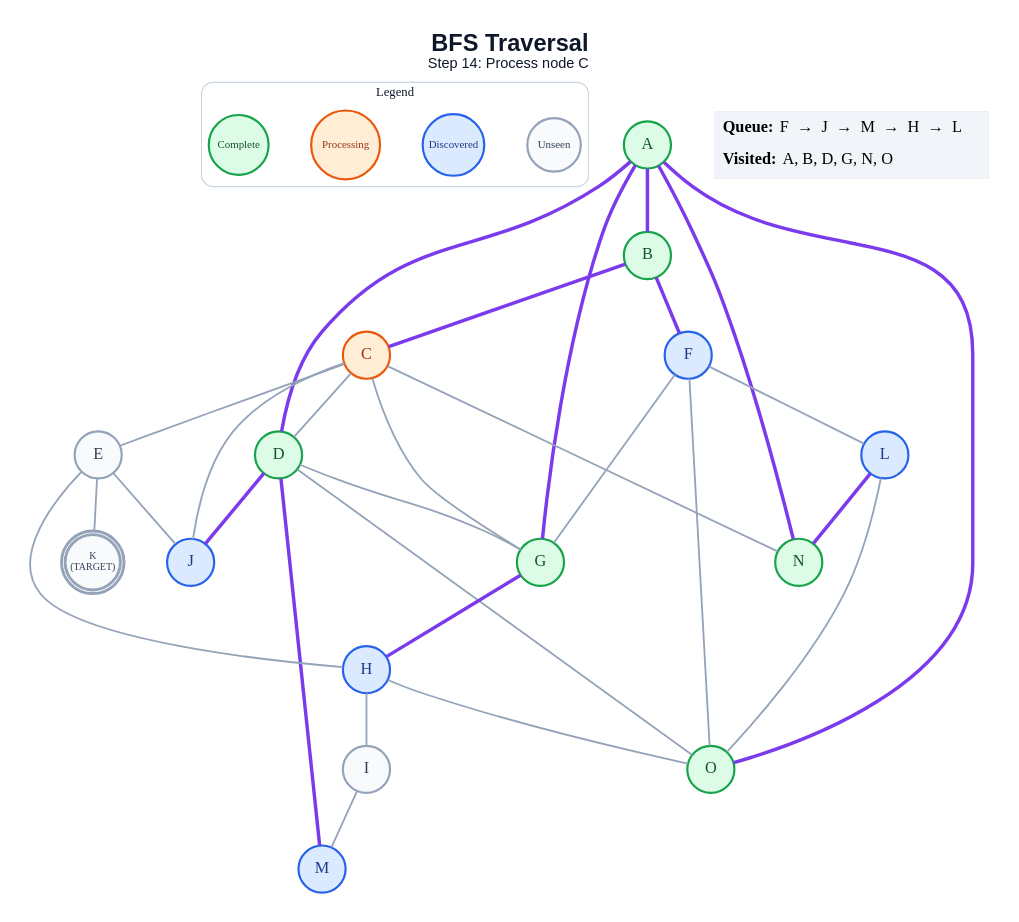
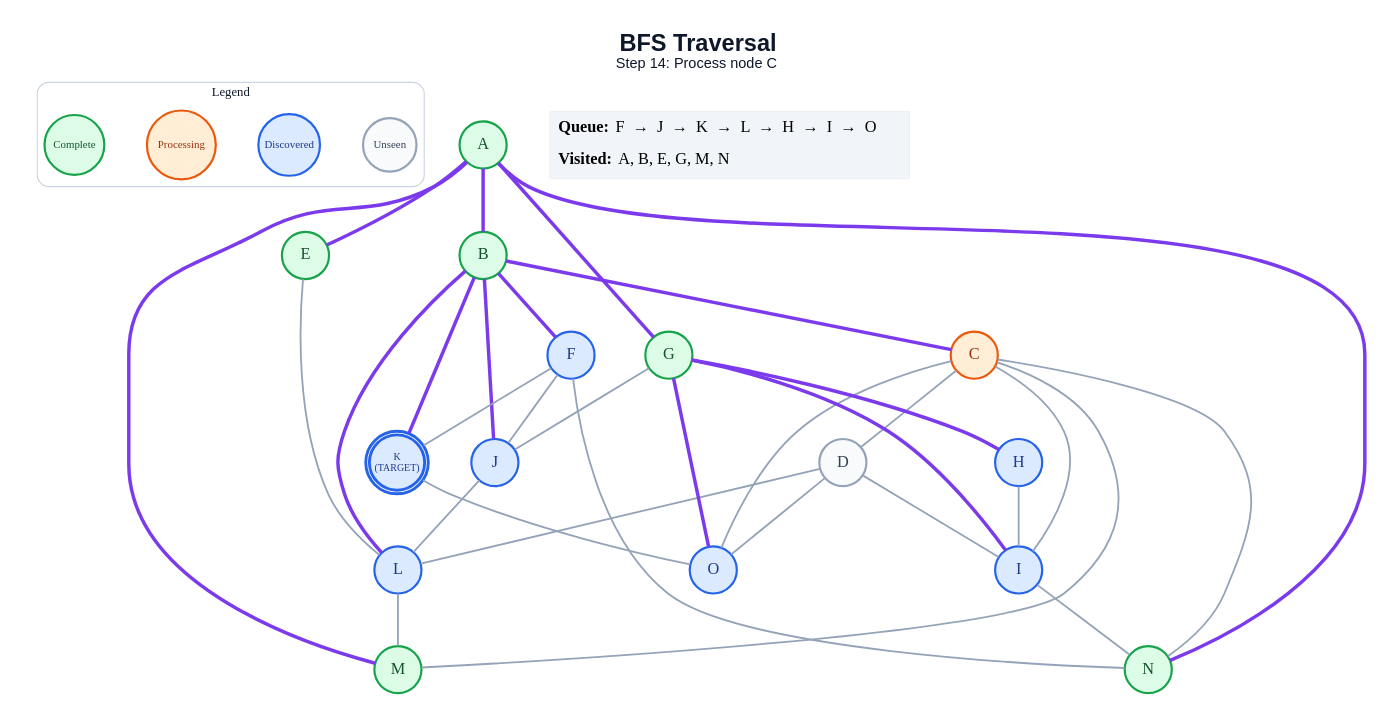
One commit to anon7238593-create/ai-slop changed the diagram in generated/specific-node/bfs/step_14.dot. Above: the diagram before and after it, drawn with Graphviz. The commit also changed 309 other files, not shown here.

```diff
--- a/generated/specific-node/bfs/step_14.dot
+++ b/generated/specific-node/bfs/step_14.dot
@@ -1,62 +1,65 @@
 graph traversal {
   graph [layout=dot, rankdir=TB, bgcolor="#FFFFFF", pad="0.35", nodesep="0.65", ranksep="0.8", fontname="Arial"];
   node [shape=circle, style="filled", fontname="Arial Bold", fontsize=18, width=0.72, fixedsize=true, penwidth=2.4];
   edge [color="#94A3B8", penwidth=2.0];
   label=<<B>BFS Traversal</B><BR/><FONT POINT-SIZE="16">Step 14: Process node C</FONT>>; labelloc="t"; fontsize=26; fontname="Arial"; fontcolor="#0F172A";
   subgraph cluster_legend { label="Legend"; color="#CBD5E1"; penwidth=1.2; style="rounded"; fontsize=14; fontname="Arial Bold";
     key_unseen [label="Unseen", fillcolor="#F8FAFC", color="#94A3B8", fontcolor="#334155", fontsize=12, width=0.82];
     key_frontier [label="Discovered", fillcolor="#DBEAFE", color="#2563EB", fontcolor="#1E3A8A", fontsize=12, width=0.95];
     key_current [label="Processing", fillcolor="#FFEDD5", color="#EA580C", fontcolor="#9A3412", fontsize=12, width=1.05];
     key_done [label="Complete", fillcolor="#DCFCE7", color="#16A34A", fontcolor="#14532D", fontsize=12, width=0.92];
     { rank=same; key_unseen; key_frontier; key_current; key_done; }
   }
   A [label="A", fillcolor="#DCFCE7", color="#16A34A", fontcolor="#14532D", peripheries=1, penwidth=2.4];
   B [label="B", fillcolor="#DCFCE7", color="#16A34A", fontcolor="#14532D", peripheries=1, penwidth=2.4];
   C [label="C", fillcolor="#FFEDD5", color="#EA580C", fontcolor="#9A3412", peripheries=1, penwidth=2.4];
-  D [label="D", fillcolor="#DCFCE7", color="#16A34A", fontcolor="#14532D", peripheries=1, penwidth=2.4];
-  E [label="E", fillcolor="#F8FAFC", color="#94A3B8", fontcolor="#334155", peripheries=1, penwidth=2.4];
+  D [label="D", fillcolor="#F8FAFC", color="#94A3B8", fontcolor="#334155", peripheries=1, penwidth=2.4];
+  E [label="E", fillcolor="#DCFCE7", color="#16A34A", fontcolor="#14532D", peripheries=1, penwidth=2.4];
   F [label="F", fillcolor="#DBEAFE", color="#2563EB", fontcolor="#1E3A8A", peripheries=1, penwidth=2.4];
   G [label="G", fillcolor="#DCFCE7", color="#16A34A", fontcolor="#14532D", peripheries=1, penwidth=2.4];
   H [label="H", fillcolor="#DBEAFE", color="#2563EB", fontcolor="#1E3A8A", peripheries=1, penwidth=2.4];
-  I [label="I", fillcolor="#F8FAFC", color="#94A3B8", fontcolor="#334155", peripheries=1, penwidth=2.4];
+  I [label="I", fillcolor="#DBEAFE", color="#2563EB", fontcolor="#1E3A8A", peripheries=1, penwidth=2.4];
   J [label="J", fillcolor="#DBEAFE", color="#2563EB", fontcolor="#1E3A8A", peripheries=1, penwidth=2.4];
-  K [label="K\n(TARGET)", fillcolor="#F8FAFC", color="#94A3B8", fontcolor="#334155", peripheries=2, penwidth=3.2, fontsize=11, width=0.85, height=0.85];
+  K [label="K\n(TARGET)", fillcolor="#DBEAFE", color="#2563EB", fontcolor="#1E3A8A", peripheries=2, penwidth=3.2, fontsize=11, width=0.85, height=0.85];
   L [label="L", fillcolor="#DBEAFE", color="#2563EB", fontcolor="#1E3A8A", peripheries=1, penwidth=2.4];
-  M [label="M", fillcolor="#DBEAFE", color="#2563EB", fontcolor="#1E3A8A", peripheries=1, penwidth=2.4];
+  M [label="M", fillcolor="#DCFCE7", color="#16A34A", fontcolor="#14532D", peripheries=1, penwidth=2.4];
   N [label="N", fillcolor="#DCFCE7", color="#16A34A", fontcolor="#14532D", peripheries=1, penwidth=2.4];
-  O [label="O", fillcolor="#DCFCE7", color="#16A34A", fontcolor="#14532D", peripheries=1, penwidth=2.4];
+  O [label="O", fillcolor="#DBEAFE", color="#2563EB", fontcolor="#1E3A8A", peripheries=1, penwidth=2.4];
   A -- B [color="#7C3AED", penwidth=3.8];
-  A -- D [color="#7C3AED", penwidth=3.8];
+  A -- E [color="#7C3AED", penwidth=3.8];
   A -- G [color="#7C3AED", penwidth=3.8];
+  A -- M [color="#7C3AED", penwidth=3.8];
   A -- N [color="#7C3AED", penwidth=3.8];
-  A -- O [color="#7C3AED", penwidth=3.8];
   B -- C [color="#7C3AED", penwidth=3.8];
   B -- F [color="#7C3AED", penwidth=3.8];
+  B -- J [color="#7C3AED", penwidth=3.8];
+  B -- K [color="#7C3AED", penwidth=3.8];
+  B -- L [color="#7C3AED", penwidth=3.8];
   C -- D;
-  C -- E;
-  C -- G;
-  C -- J;
+  C -- I;
+  C -- M;
   C -- N;
-  D -- G;
-  D -- J [color="#7C3AED", penwidth=3.8];
-  D -- M [color="#7C3AED", penwidth=3.8];
+  C -- O;
+  D -- I;
+  D -- L;
   D -- O;
-  E -- H;
-  E -- J;
-  E -- K;
-  F -- G;
-  F -- L;
-  F -- O;
+  E -- L;
+  F -- J;
+  F -- K;
+  F -- N;
   G -- H [color="#7C3AED", penwidth=3.8];
+  G -- I [color="#7C3AED", penwidth=3.8];
+  G -- J;
+  G -- O [color="#7C3AED", penwidth=3.8];
   H -- I;
-  H -- O;
-  I -- M;
-  L -- N [color="#7C3AED", penwidth=3.8];
-  L -- O;
+  I -- N;
+  J -- L;
+  K -- O;
+  L -- M;
   status [shape=plain, fixedsize=false, width=0, height=0, margin=0, label=<
     <TABLE BORDER="0" CELLBORDER="0" CELLPADDING="7" BGCOLOR="#F1F5F9">
-      <TR><TD ALIGN="LEFT"><B>Queue:</B> F  →  J  →  M  →  H  →  L</TD></TR>
-      <TR><TD ALIGN="LEFT"><B>Visited:</B> A, B, D, G, N, O</TD></TR>
+      <TR><TD ALIGN="LEFT"><B>Queue:</B> F  →  J  →  K  →  L  →  H  →  I  →  O</TD></TR>
+      <TR><TD ALIGN="LEFT"><B>Visited:</B> A, B, E, G, M, N</TD></TR>
     </TABLE>
   >];
 }
```
